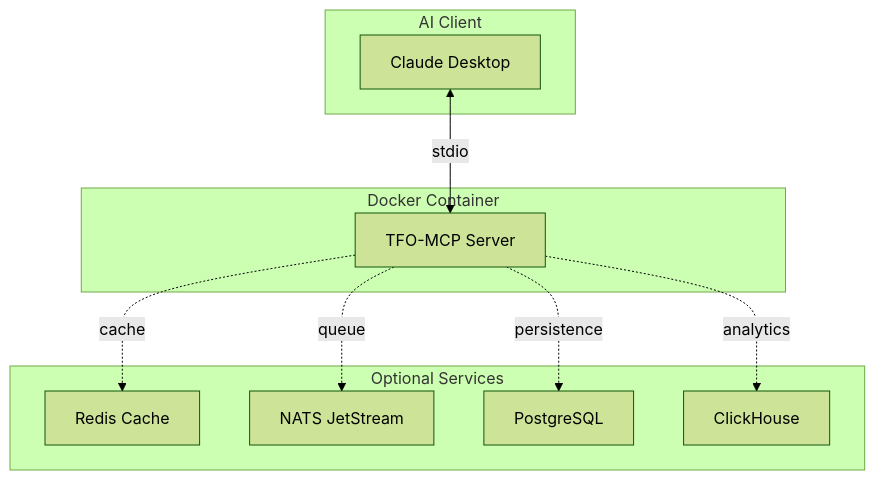
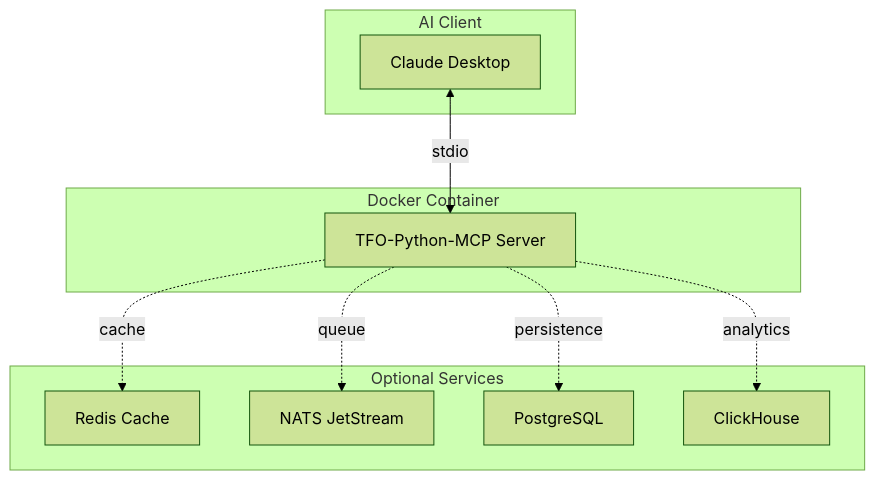
The ninth of 9 diagrams in docs/ARCHITECTURE.md (telemetryflow/telemetryflow-python-mcp), drawn with Mermaid (forest theme) before and after one commit. The commit also changed 30 other files, not shown here.

Commit message:
fix: Refactoring TFO-MCP to TFO-Python-MCP

````diff
--- a/docs/ARCHITECTURE.md
+++ b/docs/ARCHITECTURE.md
@@ -342,23 +342,23 @@
 ```mermaid
 graph TB
     subgraph Client["AI Client"]
         Claude["Claude Desktop"]
     end
 
     subgraph Container["Docker Container"]
-        MCP["TFO-MCP Server"]
+        MCP["TFO-Python-MCP Server"]
     end
 
     subgraph Optional["Optional Services"]
         Redis["Redis Cache"]
         NATS["NATS JetStream"]
         Postgres["PostgreSQL"]
         ClickHouse["ClickHouse"]
     end
 
     Claude <-->|"stdio"| MCP
     MCP -.->|"cache"| Redis
     MCP -.->|"queue"| NATS
     MCP -.->|"persistence"| Postgres
     MCP -.->|"analytics"| ClickHouse
 ```
````
